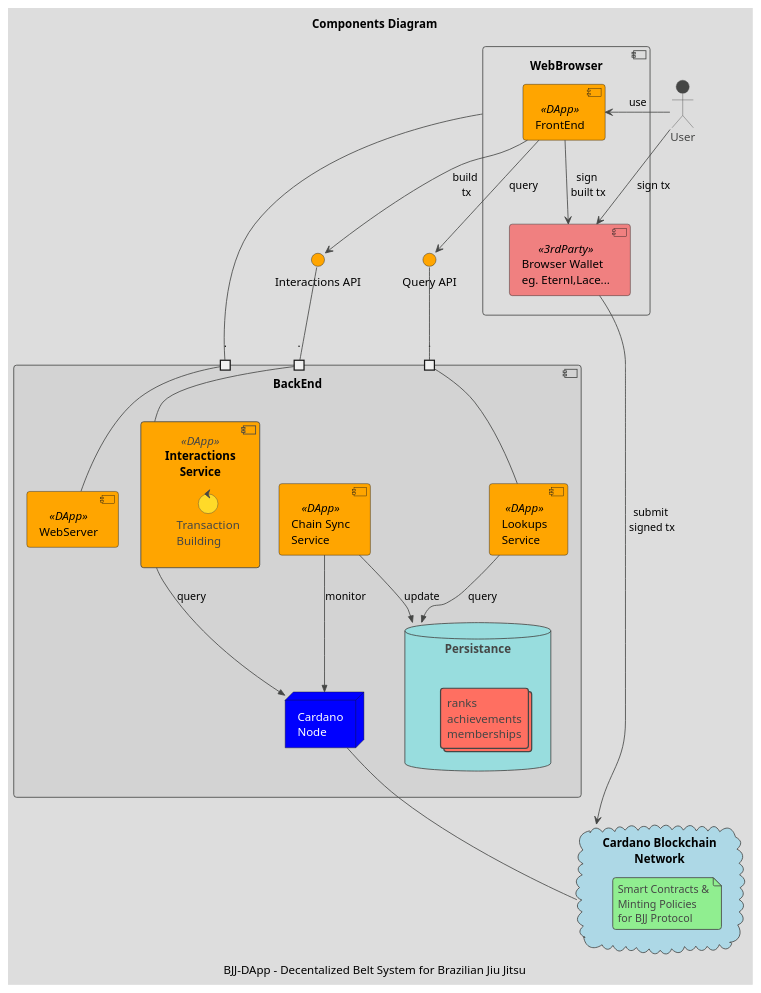
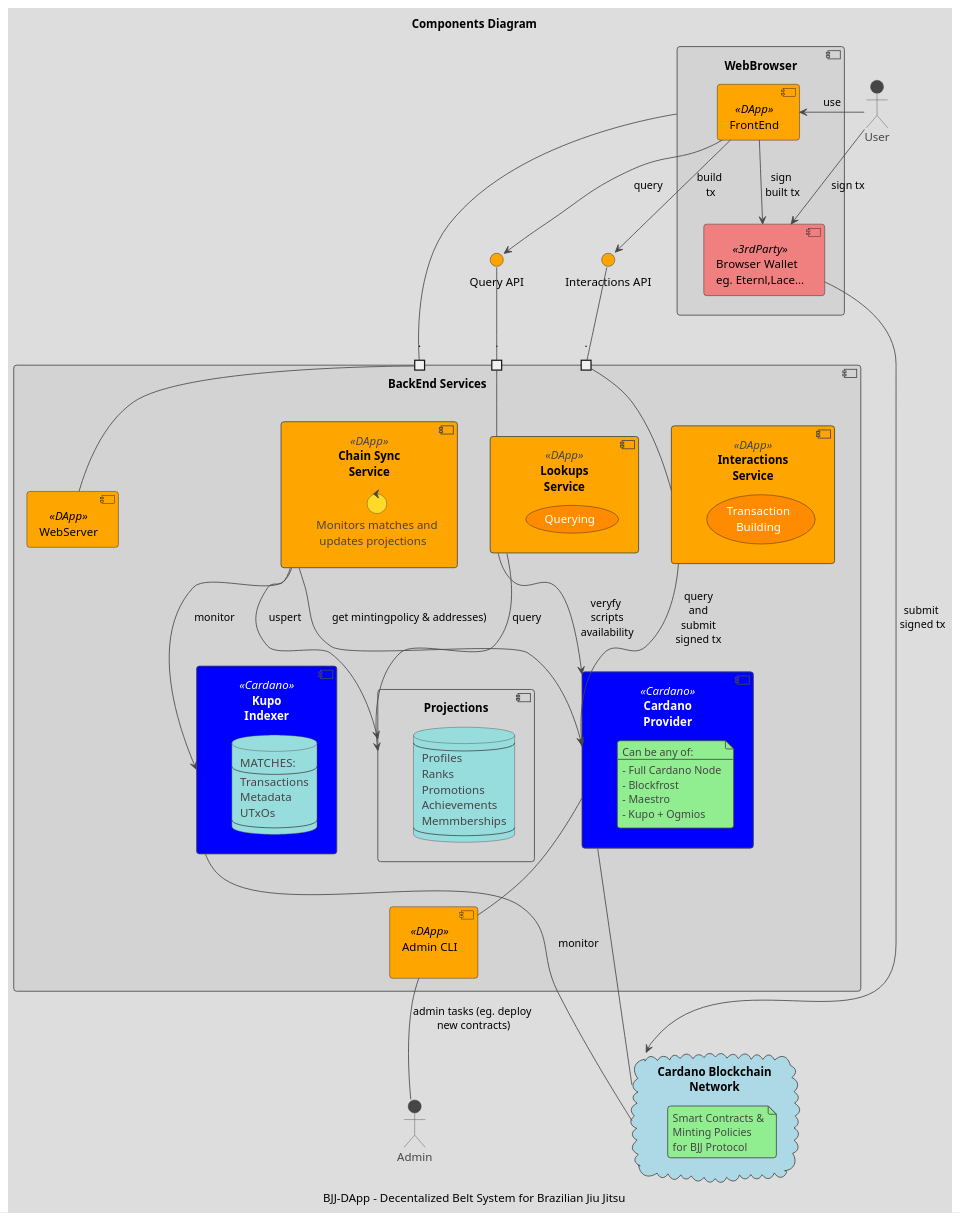
One commit to en7angled/Decentralized-Belt-System changed the diagram in puml/ComponentDiagram.puml. Above: the diagram before and after it, drawn with PlantUML. The commit also changed 101 other files, not shown here.

```diff
--- a/puml/ComponentDiagram.puml
+++ b/puml/ComponentDiagram.puml
@@ -1,96 +1,145 @@
-@startuml ComponentDiagram 
+@startuml ComponentDiagram
 !theme toy
 
 title "Components Diagram"
 caption: BJJ-DApp - Decentalized Belt System for Brazilian Jiu Jitsu
 
 
 skinparam interface {
     BackgroundColor Orange
 }
 
 skinparam component {
     BackgroundColor<<DApp>> Orange
     FontSize Black
 
     BackgroundColor<<3rdParty>> LightCoral
+    BackgroundColor<<Cardano>> Blue
+    FontColor<<Cardano>>  White
 }
+
 skinparam cloud {
     BackgroundColor LightBlue
 }
-skinparam node {
-    BackgroundColor Blue
+skinparam usecase {
+    BackgroundColor DarkOrange
     FontColor White
 }
 
 
 Actor User
+Actor Admin
 
-component WebBrowser {
+component WebBrowser #LightGray {
     component BrowserWallet as "Browser Wallet\neg. Eternl,Lace..." <<3rdParty>>
     component UI as "FrontEnd" <<DApp>>
 }
 
-component BackEnd #LightGray {
 
-    node CardanoNode  as "Cardano\nNode"
 
-    component WebServer <<DApp>> 
+
+
+component BackEnd  as "BackEnd Services"  #LightGray   {
+
+    component AdminCLI as "Admin CLI\n" <<DApp>>
+
+    component CardanoProvider <<Cardano>> as "Cardano\nProvider"  {
+
+        note as N
+        Can be any of:
+        ---
+        - Full Cardano Node
+        - Blockfrost
+        - Maestro
+        - Kupo + Ogmios
+        end note
+    }
+
+    component Kupo as "Kupo\nIndexer" <<Cardano>>  {
+        database KupoDB as "MATCHES:
+        --
+        Transactions
+        Metadata
+        UTxOs
+        --
+        "
+    }
+
+    component WebServer <<DApp>>
     component Interactions  <<DApp>> as "Interactions\nService" {
-        control TxBuilding as "Transaction\nBuilding"
+        usecase TxBuilding as "Transaction\nBuilding"
 
     }
-    component Lookups <<DApp>> as "Lookups\nService"
-    component ChainSync <<DApp>>  as "Chain Sync\nService"
-    database  LocalDB as "Persistance\n" {
-        collections c as "ranks\nachievements\nmemberships"
+    component Lookups <<DApp>> as "Lookups\nService" {
+        usecase Querying as "Querying"
+    }
+    component ChainSync <<DApp>>  as "Chain Sync\nService"{
+        control Monitoring as "Monitors matches and\n updates projections"
+    }
+    component Projections   as "Projections"{
+
+        database  LocalDB as "
+        --
+        Profiles
+        Ranks
+        Promotions
+        Achievements
+        Memmberships
+        --
+        "
     }
 
     portin webserverPort as "."
     portin interactionsPort as "."
     portin queryPort as "."
 
-    Interactions -->> CardanoNode : query
-    ChainSync -->> LocalDB : update
-    ChainSync -->> CardanoNode : monitor
-    Lookups -->> LocalDB : query
-
+    WebServer - webserverPort
     Interactions - interactionsPort
     Lookups - queryPort
-    WebServer - webserverPort
+
+    Interactions -->> CardanoProvider : query\n and \n submit \nsigned tx
+    Lookups --> CardanoProvider : veryfy\n scripts\n availability
+
+    ChainSync --> Kupo : monitor
+    ChainSync --> CardanoProvider : get mintingpolicy & addresses)
+    ChainSync --> Projections : uspert
+    Lookups --> Projections : query
+
+
 
 }
 interface InteractionsAPI as "Interactions API"
 interface QueryAPI as "Query API"
 interactionsPort -up- InteractionsAPI
 queryPort -up- QueryAPI
 
 
-
-'  component WebServer as "WebServer\nStatic Content"
-
-
-
- 
 
 cloud BlockchainNetwork as "Cardano Blockchain\nNetwork" {
     note as SmarContracts
     Smart Contracts &
     Minting Policies
     for BJJ Protocol
     end note
 }
 
 
 User -> UI : use
 WebBrowser - webserverPort
 UI --> InteractionsAPI : build\n tx
 UI --> QueryAPI : query
 
 UI -down-> BrowserWallet : "sign\n built tx"
 User -> BrowserWallet : "sign tx"
 BrowserWallet --> BlockchainNetwork : "submit\n signed tx"
- 
-CardanoNode -- BlockchainNetwork
+
+
+Kupo -down-- BlockchainNetwork : monitor
+
+CardanoProvider -down-- BlockchainNetwork
+
+AdminCLI -up- CardanoProvider
+
+Admin -up- AdminCLI : admin tasks (eg. deploy\n new contracts)
 
 @enduml
```
